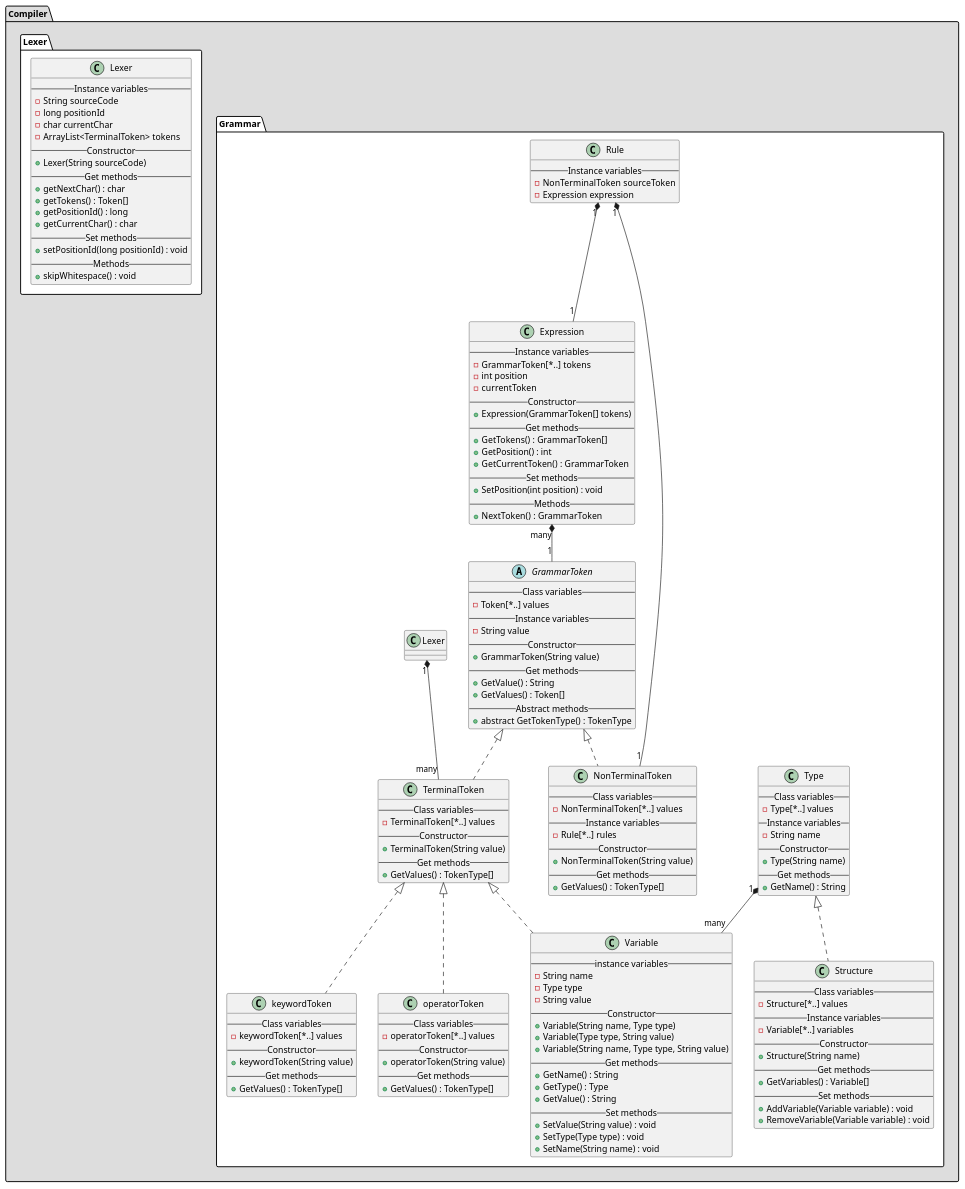
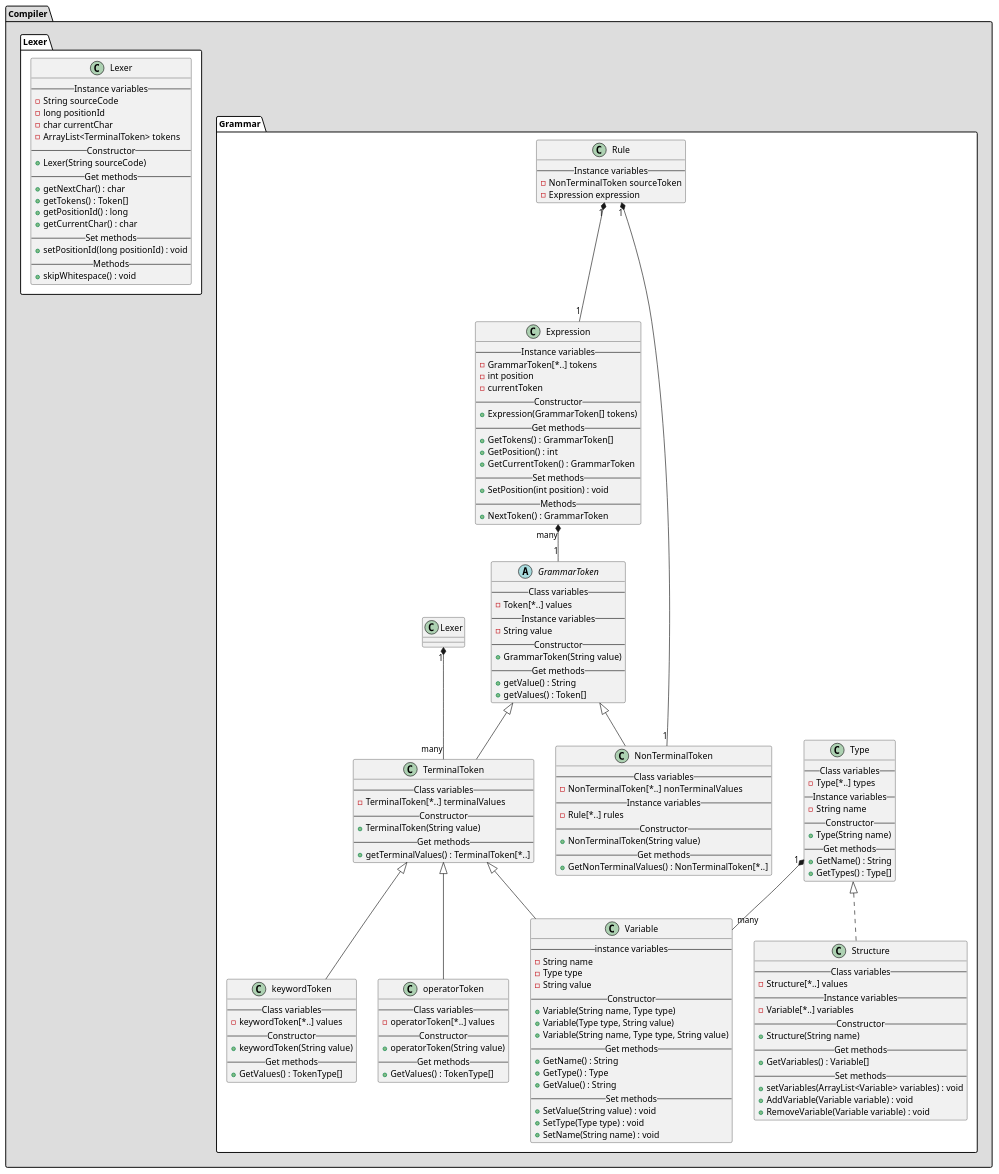
The diagram in GestionDeProjet/Token.puml (IamMoShi/Compilation_Birkel_Fornoff_Germain_Neyens), drawn with PlantUML before and after one commit. The commit also changed 6 other files, not shown here.

```diff
--- a/GestionDeProjet/Token.puml
+++ b/GestionDeProjet/Token.puml
@@ -1,162 +1,162 @@
 @startuml
 
 package Compiler #DDDDDD {}
 
 package Compiler.Grammar #FFFFFF{
 
 abstract class GrammarToken {
     -- Class variables --
     - Token[*..] values
     -- Instance variables --
     - String value
     -- Constructor --
     + GrammarToken(String value)
     -- Get methods --
-    + GetValue() : String
-    + GetValues() : Token[]
-    -- Abstract methods --
-    + abstract GetTokenType() : TokenType
+    + getValue() : String
+    + getValues() : Token[]
 }
 
-class TerminalToken implements GrammarToken {
+class TerminalToken extends GrammarToken {
     -- Class variables --
-    - TerminalToken[*..] values
+    - TerminalToken[*..] terminalValues
     -- Constructor --
     + TerminalToken(String value)
     -- Get methods --
-    + GetValues() : TokenType[]
+    + getTerminalValues() : TerminalToken[*..]
 }
 
-class keywordToken implements TerminalToken {
+class keywordToken extends TerminalToken {
     -- Class variables --
     - keywordToken[*..] values
     -- Constructor --
     + keywordToken(String value)
     -- Get methods --
     + GetValues() : TokenType[]
 }
 
-class NonTerminalToken implements GrammarToken {
+class NonTerminalToken extends GrammarToken {
     -- Class variables --
-    - NonTerminalToken[*..] values
+    - NonTerminalToken[*..] nonTerminalValues
     -- Instance variables --
     - Rule[*..] rules
     -- Constructor --
     + NonTerminalToken(String value)
     -- Get methods --
-    + GetValues() : TokenType[]
+    + GetNonTerminalValues() : NonTerminalToken[*..]
 }
 
-class operatorToken implements TerminalToken {
+class operatorToken extends TerminalToken {
     -- Class variables --
     - operatorToken[*..] values
     -- Constructor --
     + operatorToken(String value)
     -- Get methods --
     + GetValues() : TokenType[]
 }
 
-class Variable implements TerminalToken {
+class Variable extends TerminalToken {
     -- instance variables --
     - String name
     - Type type
     - String value
     -- Constructor --
     + Variable(String name, Type type)
     + Variable(Type type, String value)
     + Variable(String name, Type type, String value)
     -- Get methods --
     + GetName() : String
     + GetType() : Type
     + GetValue() : String
     -- Set methods --
     + SetValue(String value) : void
     + SetType(Type type) : void
     + SetName(String name) : void
 }
 
 class Type {
     -- Class variables --
-    - Type[*..] values
+    - Type[*..] types
     -- Instance variables --
     - String name
     -- Constructor --
     + Type(String name)
     -- Get methods --
     + GetName() : String
+    + GetTypes() : Type[]
 }
 
 Type "1" *-- "many" Variable
 
 class Structure implements Type {
     -- Class variables --
     - Structure[*..] values
     -- Instance variables --
     - Variable[*..] variables
     -- Constructor --
     + Structure(String name)
     -- Get methods --
     + GetVariables() : Variable[]
     -- Set methods --
+    + setVariables(ArrayList<Variable> variables) : void
     + AddVariable(Variable variable) : void
     + RemoveVariable(Variable variable) : void
 }
 
 Expression "many" *-- "1" GrammarToken
 
 
 class Expression {
     -- Instance variables --
     - GrammarToken[*..] tokens
     - int position
     - currentToken
     -- Constructor --
     + Expression(GrammarToken[] tokens)
     -- Get methods --
     + GetTokens() : GrammarToken[]
     + GetPosition() : int
     + GetCurrentToken() : GrammarToken
     -- Set methods --
     + SetPosition(int position) : void
     -- Methods --
     + NextToken() : GrammarToken
 }
 
 Rule "1" *-- "1" Expression
 Rule "1" *-- "1" NonTerminalToken
 
 class Rule {
     -- Instance variables --
     - NonTerminalToken sourceToken
     - Expression expression
 }
 
 Lexer "1" *-- "many" TerminalToken
 
 
 }
 
 package Compiler.Lexer #FFFFFF {
 
 class Lexer {
     -- Instance variables --
     - String sourceCode
     - long positionId
     - char currentChar
     - ArrayList<TerminalToken> tokens
     -- Constructor --
     + Lexer(String sourceCode)
     -- Get methods --
     + getNextChar() : char
     + getTokens() : Token[]
     + getPositionId() : long
     + getCurrentChar() : char
     -- Set methods --
     + setPositionId(long positionId) : void
     -- Methods --
     + skipWhitespace() : void
 }
 
 }
 
 @enduml
```
